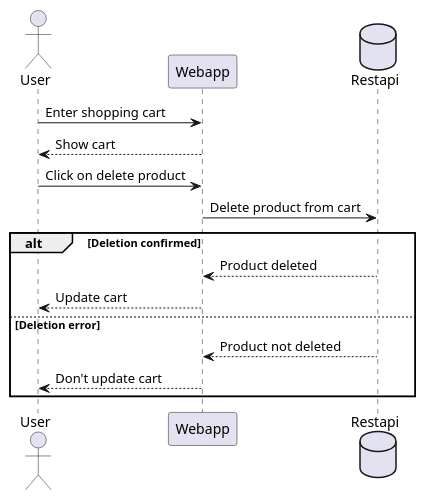
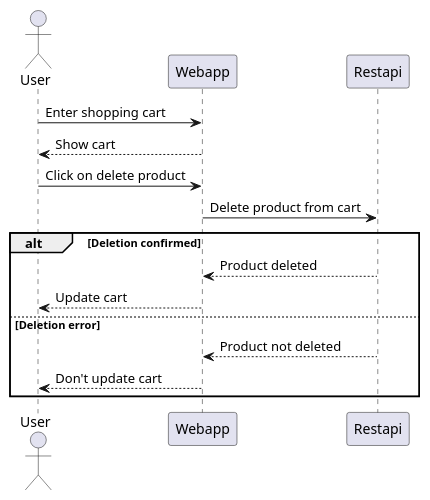
Before and after one commit to Arquisoft/dede_es5a: the fourth of 5 diagrams in docs/06_runtime_view.adoc, drawn with PlantUML. The commit also changed other lines of this file, not shown here.

First line of the commit message:
Diagramas de secuencia corregidos

```diff
--- a/docs/06_runtime_view.adoc
+++ b/docs/06_runtime_view.adoc
@@ -118,18 +112,18 @@
 [plantuml,"Sequence diagram_DeleteProduct",png]
 ----
 @startuml
 actor User
 User -> Webapp: Enter shopping cart
 User <-- Webapp: Show cart
 User -> Webapp: Click on delete product
-database Restapi
+participant Restapi
 Webapp -> Restapi: Delete product from cart
 alt Deletion confirmed
 Webapp <-- Restapi: Product deleted
 User <-- Webapp: Update cart
 else Deletion error
 Webapp <-- Restapi: Product not deleted
 User <-- Webapp: Don't update cart
 end
 @enduml
 ----
```
